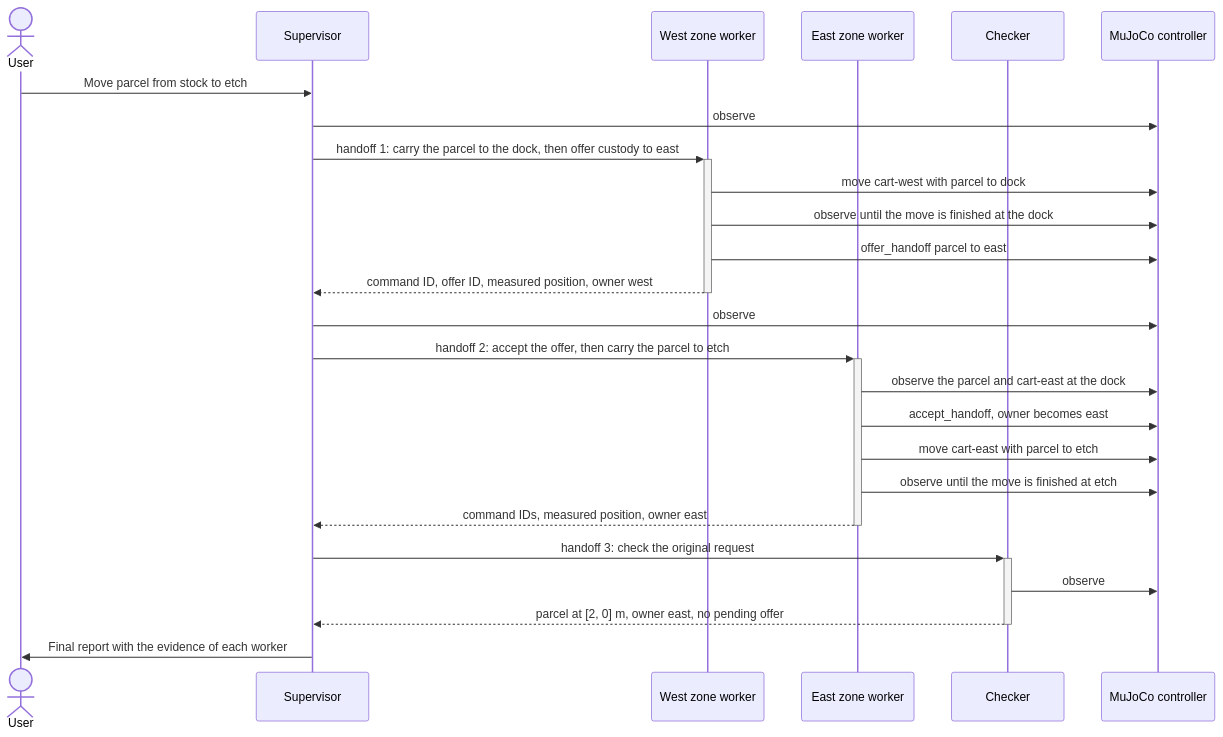
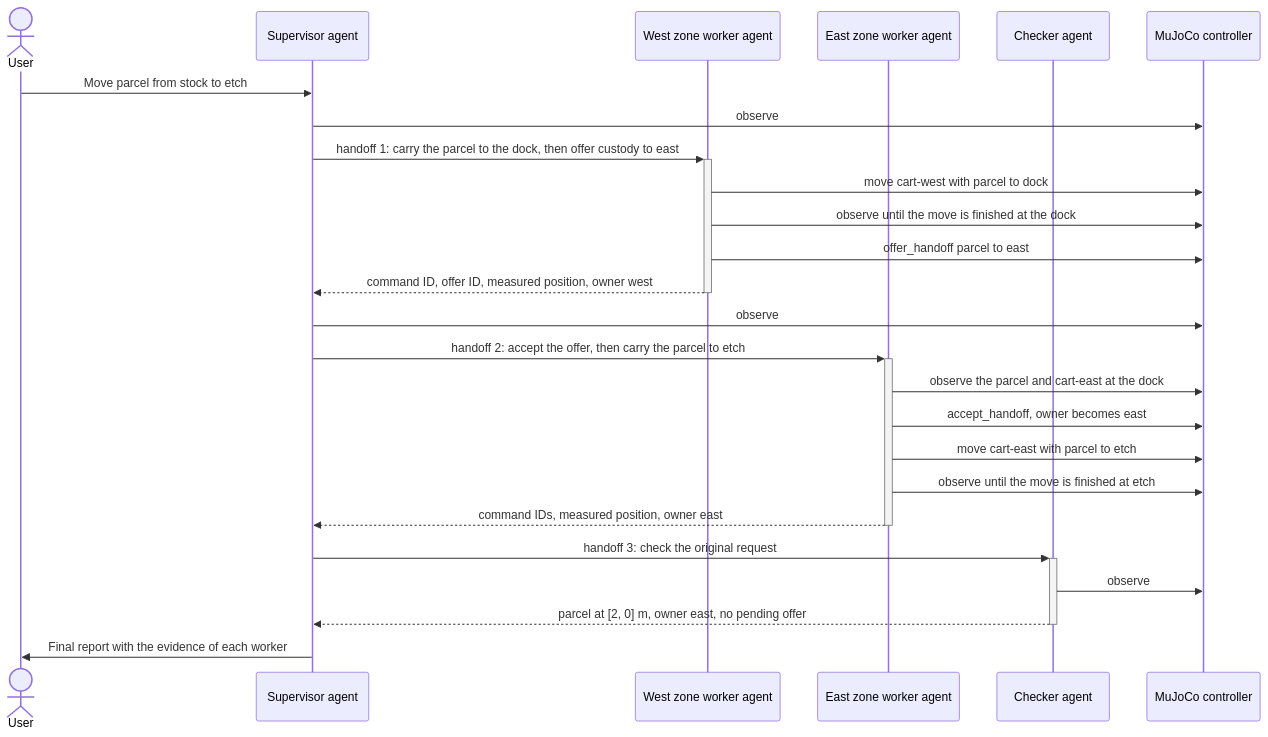
One commit to awslabs/cli-agent-orchestrator changed the third of 3 diagrams in examples/robotics/cross-zone-transport/README.md. Above: the diagram before and after it, drawn with Mermaid. The commit also changed other lines of this file and 3 other files, not shown here.

````diff
--- a/examples/robotics/cross-zone-transport/README.md
+++ b/examples/robotics/cross-zone-transport/README.md
@@ -337,28 +339,28 @@
 ```mermaid
 sequenceDiagram
     actor User
-    participant S as Supervisor
-    participant W as West zone worker
-    participant E as East zone worker
-    participant C as Checker
+    participant S as Supervisor agent
+    participant W as West zone worker agent
+    participant E as East zone worker agent
+    participant C as Checker agent
     participant M as MuJoCo controller
 
     User->>S: Move parcel from stock to etch
     S->>M: observe
     S->>+W: handoff 1: carry the parcel to the dock, then offer custody to east
     W->>M: move cart-west with parcel to dock
     W->>M: observe until the move is finished at the dock
     W->>M: offer_handoff parcel to east
     W-->>-S: command ID, offer ID, measured position, owner west
     S->>M: observe
     S->>+E: handoff 2: accept the offer, then carry the parcel to etch
     E->>M: observe the parcel and cart-east at the dock
     E->>M: accept_handoff, owner becomes east
     E->>M: move cart-east with parcel to etch
     E->>M: observe until the move is finished at etch
     E-->>-S: command IDs, measured position, owner east
     S->>+C: handoff 3: check the original request
     C->>M: observe
     C-->>-S: parcel at [2, 0] m, owner east, no pending offer
     S->>User: Final report with the evidence of each worker
 ```
````
